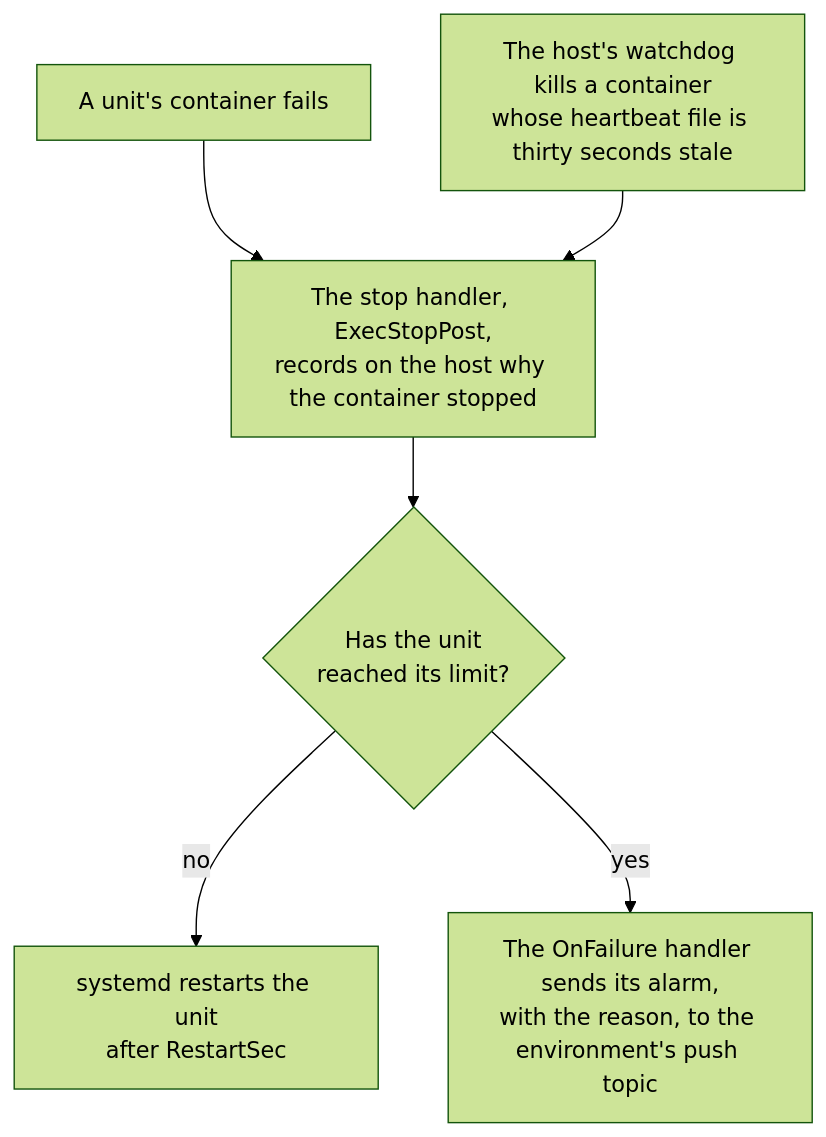
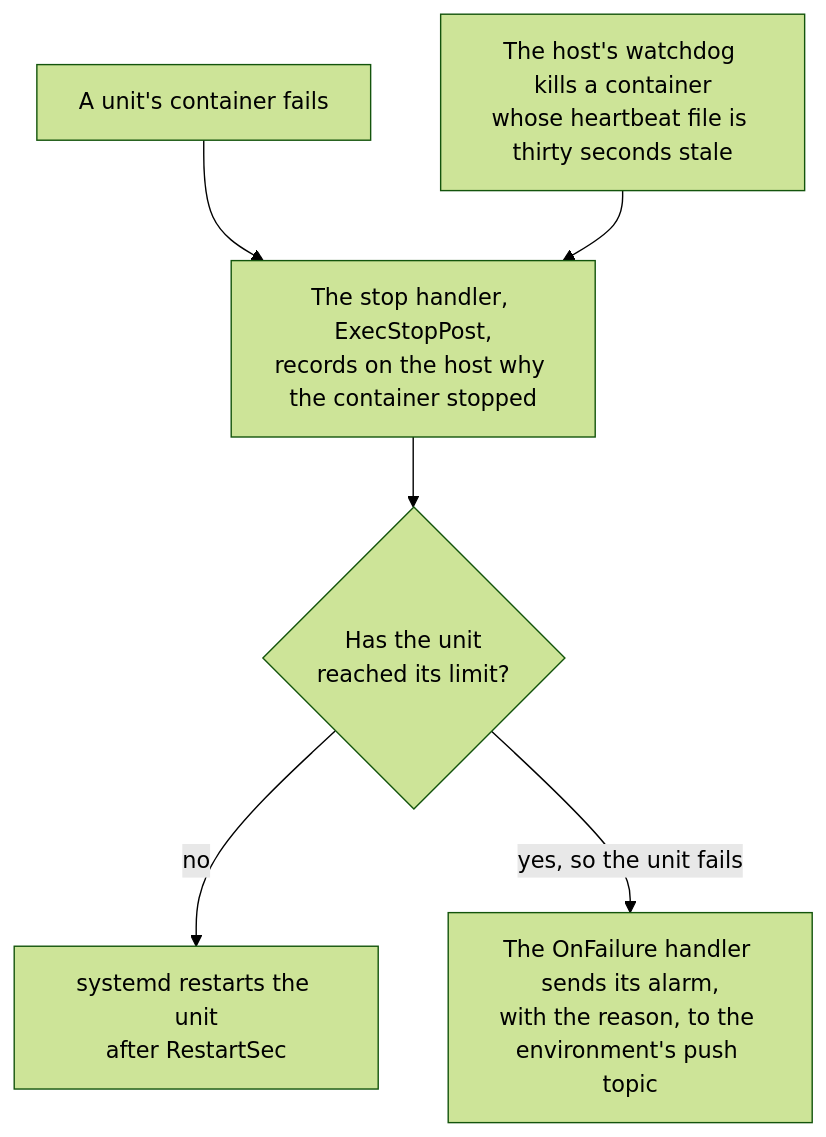
Before and after one commit to l3a0/ithildin-runtime: diagram 36 of 39 in docs/architecture.md, drawn with Mermaid (forest theme). The commit also changed other lines of this file, not shown here.

First line of the commit message:
docs(architecture): answer the fresh readers' review of Where it runs

````diff
--- a/docs/architecture.md
+++ b/docs/architecture.md
@@ -3456,14 +3456,14 @@
 ```mermaid
 flowchart TB
     fails["A unit's container fails"]
     stale["The host's watchdog kills a container<br/>whose heartbeat file is thirty seconds stale"]
     record["The stop handler, ExecStopPost,<br/>records on the host why the container stopped"]
     limit{"Has the unit<br/>reached its limit?"}
     restart["systemd restarts the unit<br/>after RestartSec"]
     alarm["The OnFailure handler sends its alarm,<br/>with the reason, to the environment's push topic"]
     fails --> record
     stale --> record
     record --> limit
     limit -->|"no"| restart
-    limit -->|"yes"| alarm
+    limit -->|"yes, so the unit fails"| alarm
 ```
````
